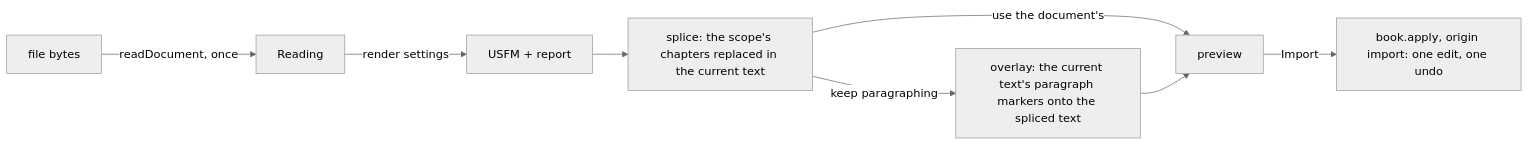
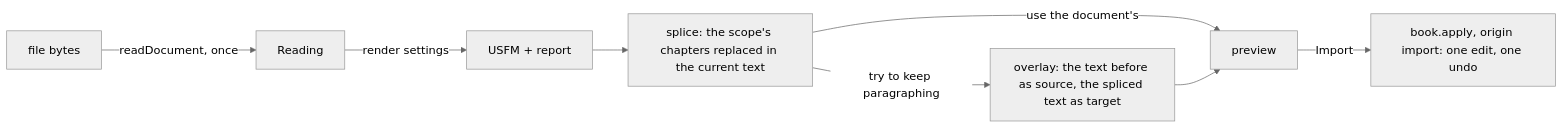
Before and after one commit to Bible-Translation-Tools/Sefer: the diagram in planning/items/2026-10-29-import-from-word-or-libreoffice.mdx, drawn with Mermaid (neutral theme). The commit also changed other lines of this file, not shown here.

Commit message:
Import from Word plan: Will's rulings — palette only, trusted, whole replacement, existing books only, try-to-keep paragraphing as an overlay, preview with the USFM toggle, the engine's overlayText

````diff
--- a/planning/items/2026-10-29-import-from-word-or-libreoffice.mdx
+++ b/planning/items/2026-10-29-import-from-word-or-libreoffice.mdx
@@ -54,10 +57,10 @@
 ```mermaid
 flowchart LR
   F[file bytes] -->|readDocument, once| R[Reading]
   R -->|render settings| U[USFM + report]
   U --> S[splice: the scope's chapters replaced in the current text]
-  S -->|keep paragraphing| O[overlay: the current text's paragraph markers onto the spliced text]
+  S -->|try to keep paragraphing| O[overlay: the text before as source, the spliced text as target]
   S -->|use the document's| P[preview]
   O --> P
   P -->|Import| E[book.apply, origin import: one edit, one undo]
 ```
````
